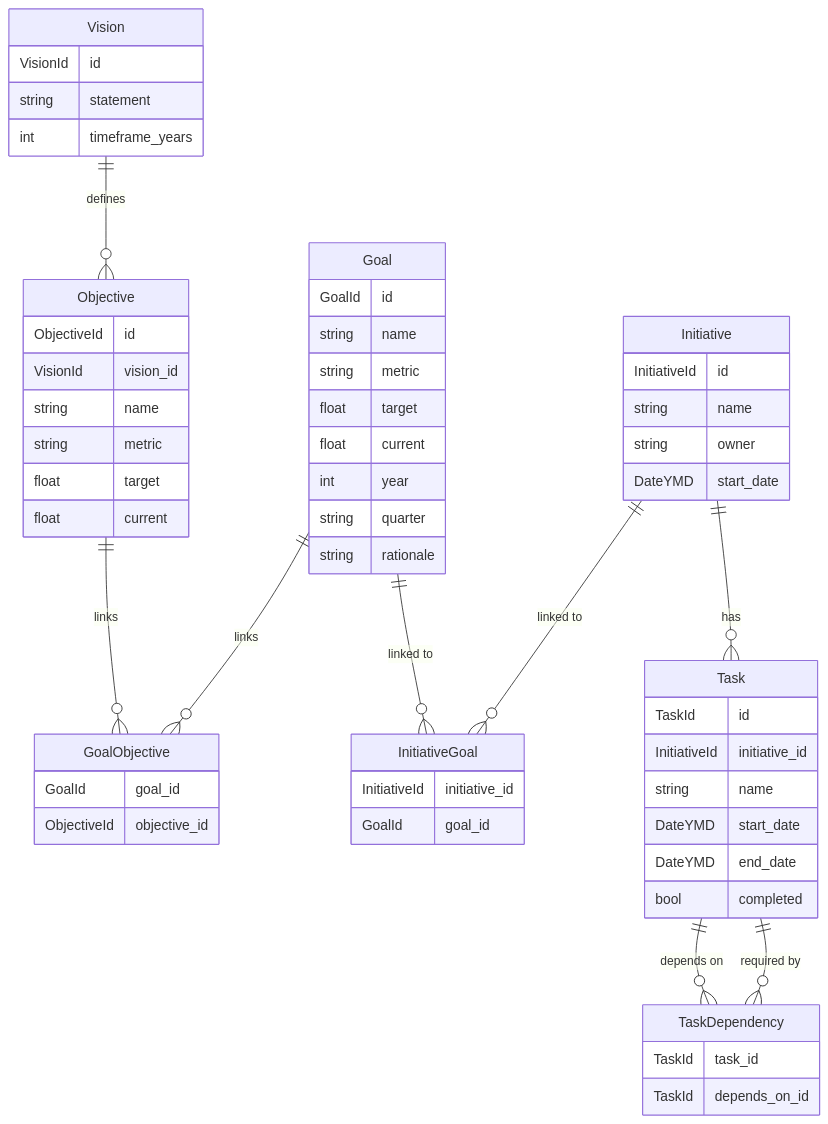
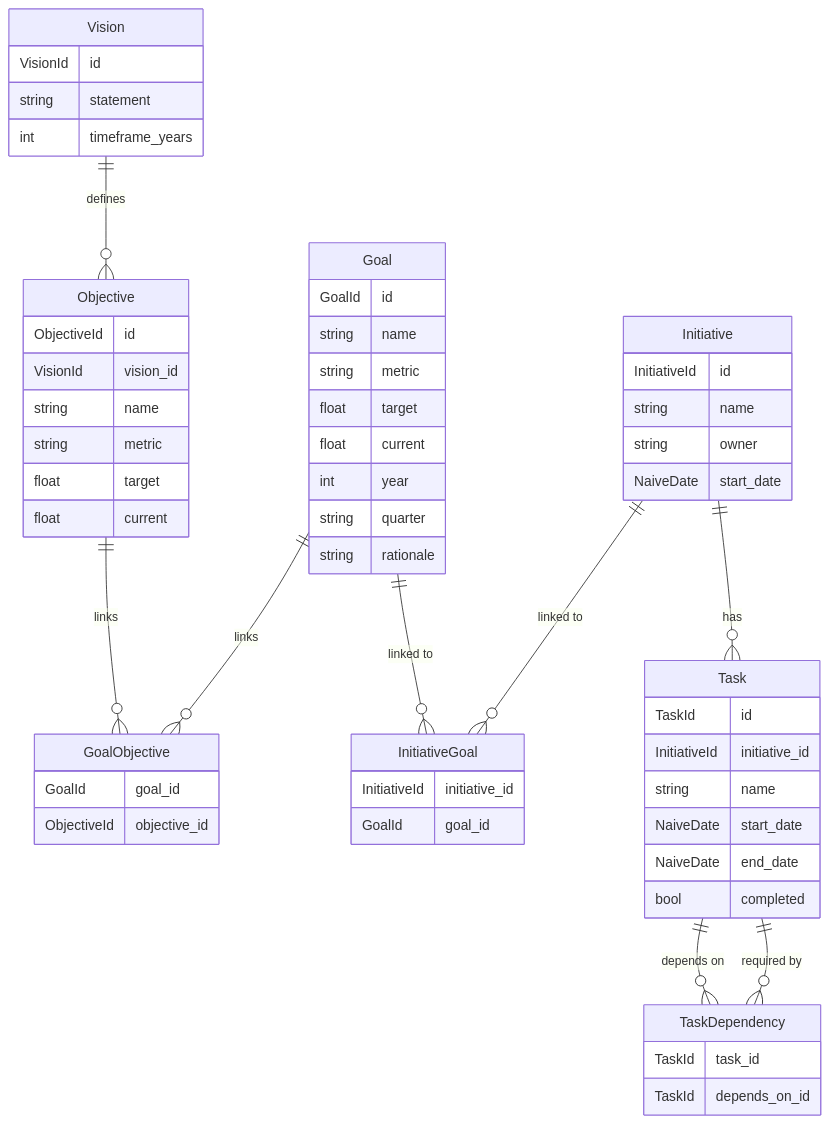
One commit to cbr4l0k/eb2p changed the diagram in src/lib/domain/entities/README.md. Above: the diagram before and after it, drawn with Mermaid. The commit also changed 7 other files, not shown here.

````diff
--- a/src/lib/domain/entities/README.md
+++ b/src/lib/domain/entities/README.md
@@ -5,70 +5,70 @@
 ```mermaid
 erDiagram
 
     Vision {
         VisionId id
         string statement
         int timeframe_years
     }
 
     Objective {
         ObjectiveId id
         VisionId vision_id
         string name
         string metric
         float target
         float current
     }
 
     Goal {
         GoalId id
         string name
         string metric
         float target
         float current
         int year
         string quarter
         string rationale
     }
 
     Initiative {
         InitiativeId id
         string name
         string owner
-        DateYMD start_date
+        NaiveDate start_date
     }
 
     Task {
         TaskId id
         InitiativeId initiative_id
         string name
-        DateYMD start_date
-        DateYMD end_date
+        NaiveDate start_date
+        NaiveDate end_date
         bool completed
     }
 
     GoalObjective {
         GoalId goal_id
         ObjectiveId objective_id
     }
 
     InitiativeGoal {
         InitiativeId initiative_id
         GoalId goal_id
     }
 
     TaskDependency {
         TaskId task_id
         TaskId depends_on_id
     }
 
     %% Relationships
     Vision ||--o{ Objective : "defines"
     Objective ||--o{ GoalObjective : "links"
     Goal ||--o{ GoalObjective : "links"
     Goal ||--o{ InitiativeGoal : "linked to"
     Initiative ||--o{ InitiativeGoal : "linked to"
     Initiative ||--o{ Task : "has"
     Task ||--o{ TaskDependency : "depends on"
     Task ||--o{ TaskDependency : "required by"
 ```
````
